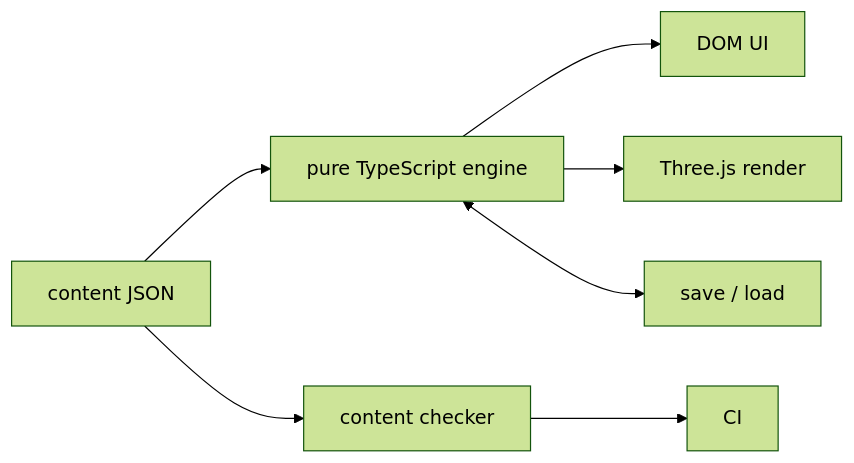
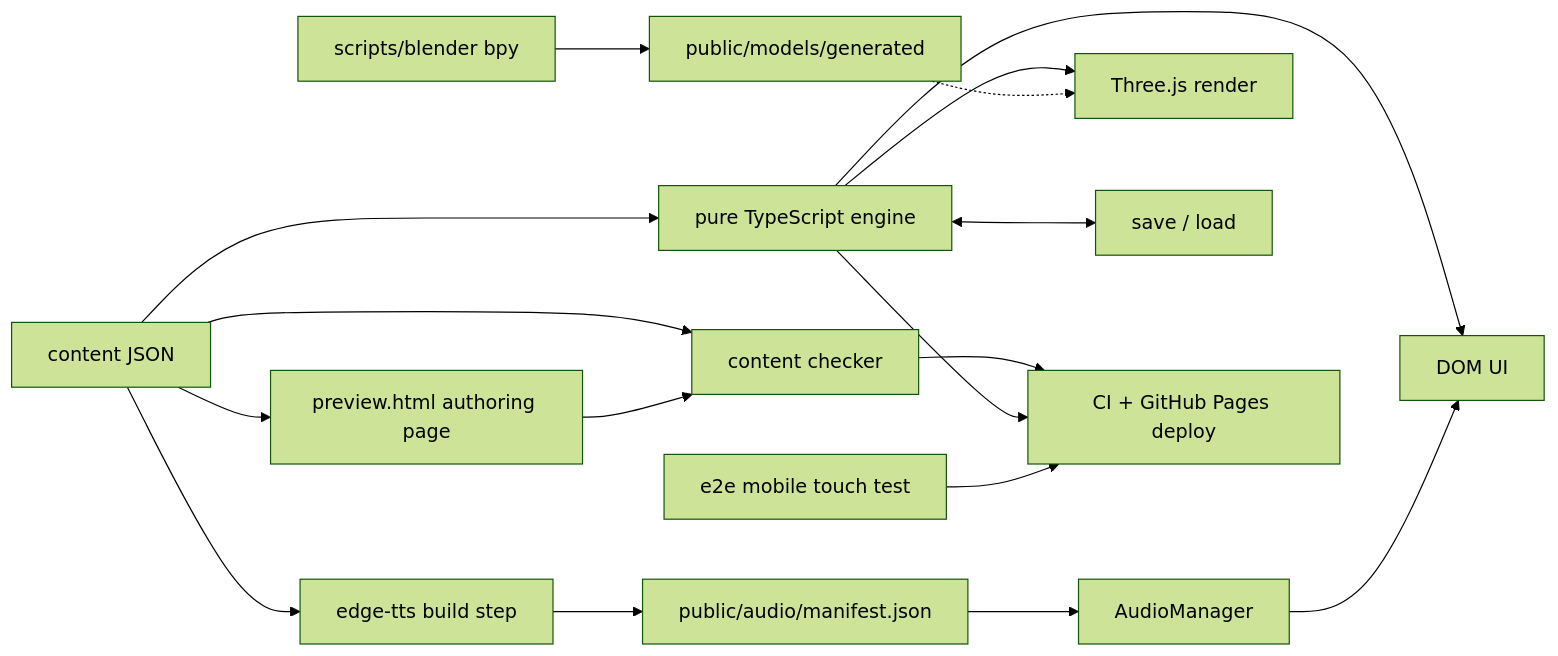
The diagram in CLAUDE.md (Fiazul/make-it-in-china), drawn with Mermaid (forest theme) before and after one commit. The commit also changed other lines of this file and 17 other files, not shown here.

````diff
--- a/CLAUDE.md
+++ b/CLAUDE.md
@@ -2,9 +3,19 @@
 ```mermaid
 flowchart LR
   Content["content JSON"] --> Engine["pure TypeScript engine"]
+  Content --> Checker["content checker"]
+  Content --> Preview["preview.html authoring page"]
+  Content --> TTS["edge-tts build step"]
+  TTS --> Manifest["public/audio/manifest.json"]
+  Manifest --> Audio["AudioManager"]
   Engine --> UI["DOM UI"]
   Engine --> Render["Three.js render"]
   Engine <--> Save["save / load"]
-  Content --> Checker["content checker"]
-  Checker --> CI["CI"]
+  Audio --> UI
+  Blender["scripts/blender bpy"] --> GLBs["public/models/generated"]
+  GLBs -.-> Render
+  Checker --> CI["CI + GitHub Pages deploy"]
+  Engine --> CI
+  E2E["e2e mobile touch test"] --> CI
+  Preview --> Checker
 ```
````
